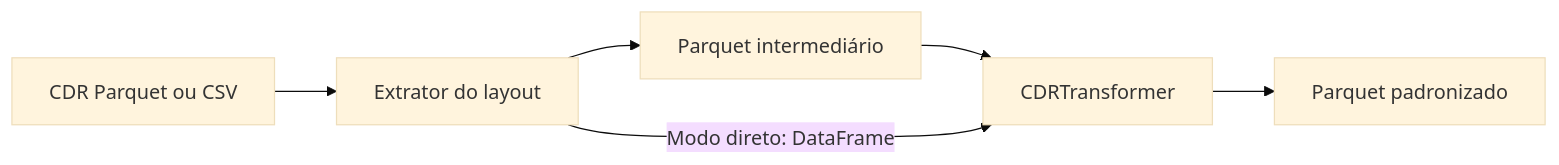
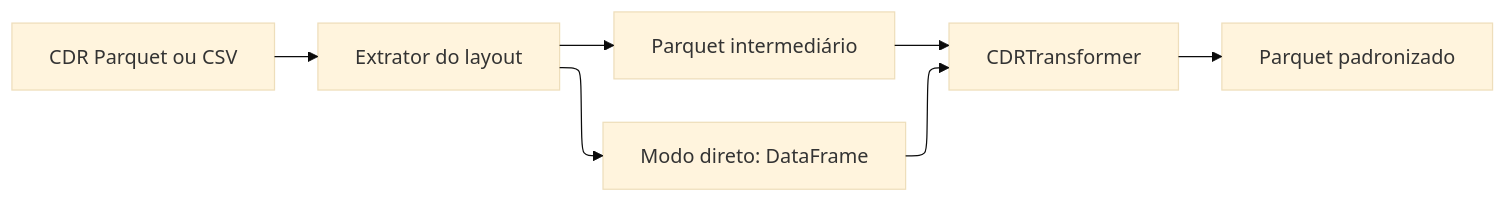
Before and after one commit to InovaFiscaliza/teleutils: the diagram in README.md, drawn with Mermaid (base theme).

Commit message:
docs(README): 📚 Update flowchart for CDR processing steps - Enhance clarity of data flow in CDR extraction and transformation

````diff
--- a/README.md
+++ b/README.md
@@ -115,8 +115,12 @@
 ```mermaid
+---
+config:
+  layout: elk
+---
 flowchart LR
-    A[CDR Parquet ou CSV] --> B[Extrator do layout]
-    B --> C[Parquet intermediário]
-    C --> D[CDRTransformer]
-    B -->|Modo direto: DataFrame| D
-    D --> E[Parquet padronizado]
+    A["CDR Parquet ou CSV"] --> B["Extrator do layout"]
+    B --> C["Parquet intermediário"] & F["Modo direto: DataFrame"]
+    C --> D["CDRTransformer"]
+    D --> E["Parquet padronizado"]
+    F --> D
 ```
````
